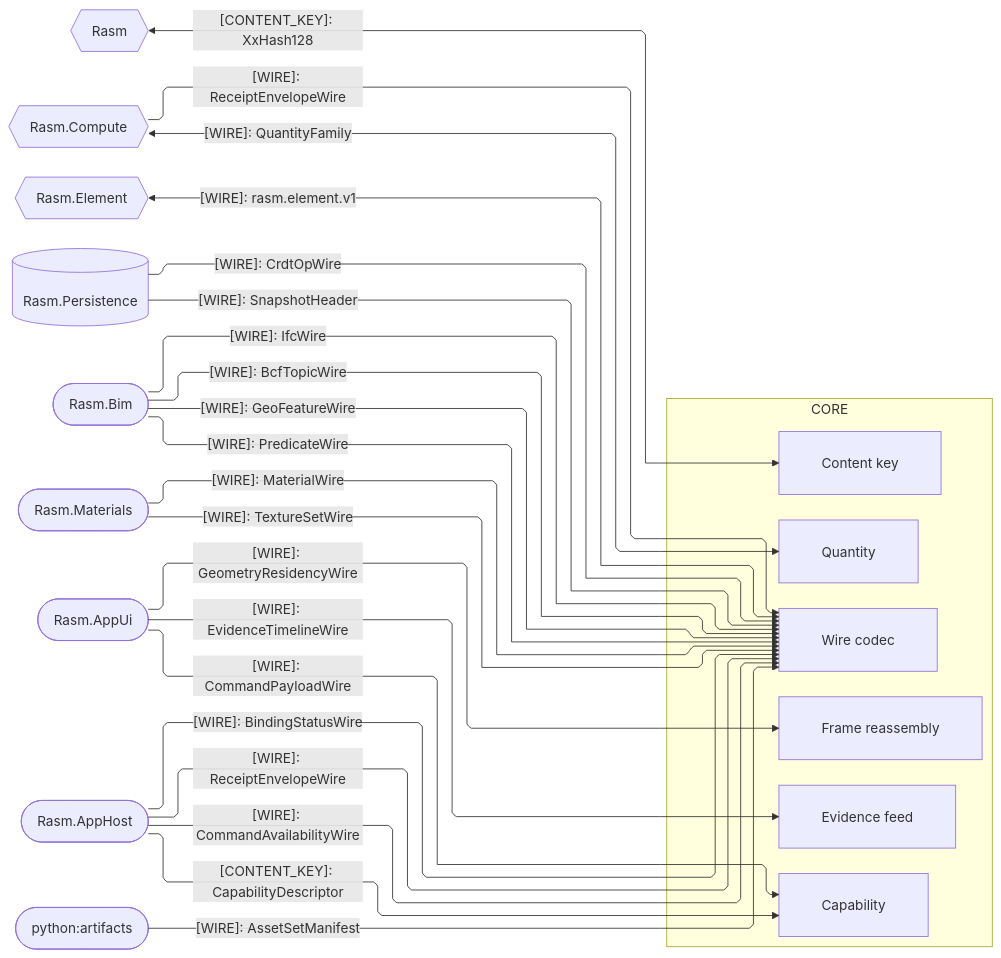
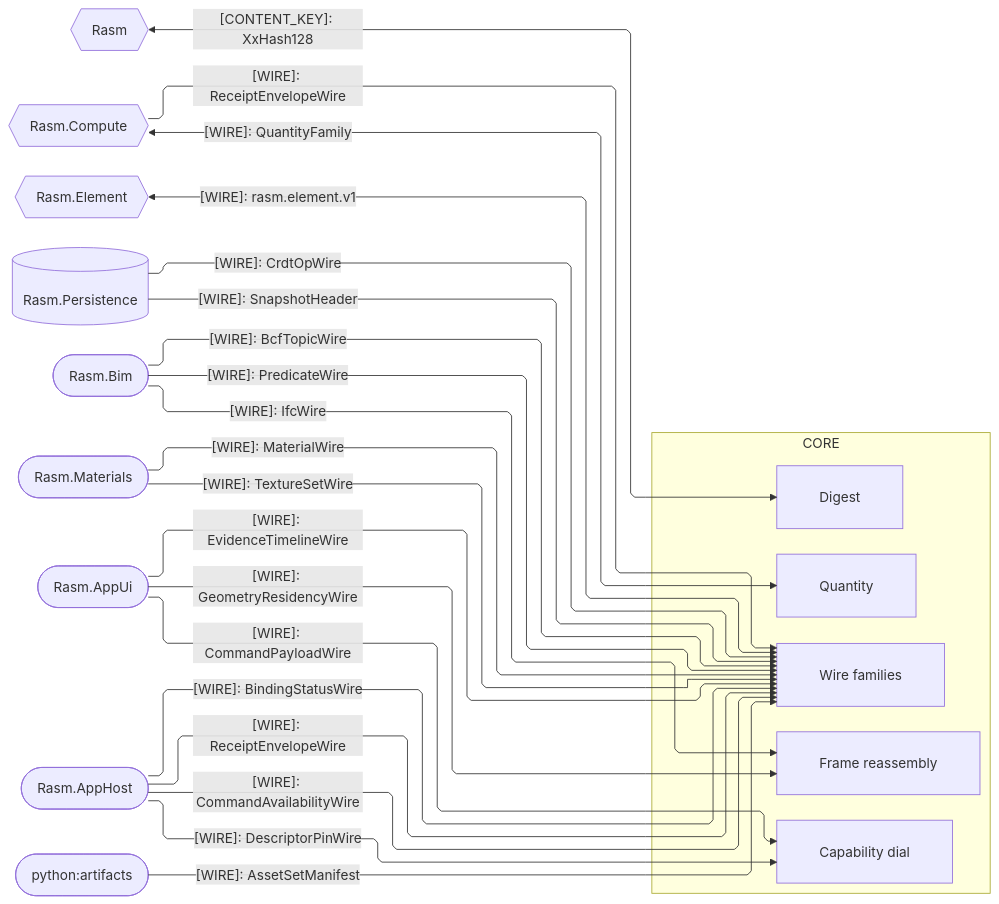
Before and after one commit to bsamiee/Rasm: the second of 4 diagrams in libs/typescript/core/ARCHITECTURE.md, drawn with Mermaid. The commit also changed other lines of this file and 400 other files, not shown here.

````diff
--- a/libs/typescript/core/ARCHITECTURE.md
+++ b/libs/typescript/core/ARCHITECTURE.md
@@ -121,49 +123,47 @@
 ```mermaid
 ---
 config:
   layout: elk
   flowchart:
     curve: linear
     padding: 25
 ---
 flowchart LR
     accTitle: Core wire-plane seam registry
-    accDescr: Core owners decoding kinded wires spelled verbatim from the owning peer endpoint pages — C# packages and the python artifacts producer — one edge per landed family.
+    accDescr: Wire, Frame, and Invoke admit peer-owned contracts; every external edge preserves its producer spelling.
     subgraph core[CORE]
-        ContentKey[Content key]
+        Digest[Digest]
         Quantity[Quantity]
-        Codec[Wire codec]
-        Feed[Evidence feed]
+        Wire[Wire families]
         Frame[Frame reassembly]
-        Invoke[Capability]
+        Invoke[Capability dial]
     end
     Rasm{{Rasm}}
     Compute{{Rasm.Compute}}
     Element{{Rasm.Element}}
     Persistence[(Rasm.Persistence)]
     Bim([Rasm.Bim])
     Materials([Rasm.Materials])
     AppUi([Rasm.AppUi])
     AppHost([Rasm.AppHost])
     Artifacts([python:artifacts])
-    Rasm e1@<-->|"[CONTENT_KEY]: XxHash128"| ContentKey
+    Rasm e1@<-->|"[CONTENT_KEY]: XxHash128"| Digest
     Compute e2@<-->|"[WIRE]: QuantityFamily"| Quantity
-    Compute e3@-->|"[WIRE]: ReceiptEnvelopeWire"| Codec
-    Element e4@<-->|"[WIRE]: rasm.element.v1"| Codec
-    Persistence e5@-->|"[WIRE]: CrdtOpWire"| Codec
-    Persistence e6@-->|"[WIRE]: SnapshotHeader"| Codec
-    Bim e7@-->|"[WIRE]: IfcWire"| Codec
-    Bim e8@-->|"[WIRE]: BcfTopicWire"| Codec
-    Bim e9@-->|"[WIRE]: GeoFeatureWire"| Codec
-    Bim e20@-->|"[WIRE]: PredicateWire"| Codec
-    Materials e10@-->|"[WIRE]: MaterialWire"| Codec
-    Materials e18@-->|"[WIRE]: TextureSetWire"| Codec
-    Artifacts e19@-->|"[WIRE]: AssetSetManifest"| Codec
+    Compute e3@-->|"[WIRE]: ReceiptEnvelopeWire"| Wire
+    Element e4@<-->|"[WIRE]: rasm.element.v1"| Wire
+    Persistence e5@-->|"[WIRE]: CrdtOpWire"| Wire
+    Persistence e6@-->|"[WIRE]: SnapshotHeader"| Wire
+    Bim e7@-->|"[WIRE]: IfcWire"| Frame
+    Bim e8@-->|"[WIRE]: BcfTopicWire"| Wire
+    Bim e20@-->|"[WIRE]: PredicateWire"| Wire
+    Materials e10@-->|"[WIRE]: MaterialWire"| Wire
+    Materials e18@-->|"[WIRE]: TextureSetWire"| Wire
+    Artifacts e19@-->|"[WIRE]: AssetSetManifest"| Wire
     AppUi e11@-->|"[WIRE]: CommandPayloadWire"| Invoke
     AppUi e12@-->|"[WIRE]: GeometryResidencyWire"| Frame
-    AppUi e13@-->|"[WIRE]: EvidenceTimelineWire"| Feed
-    AppHost e14@-->|"[CONTENT_KEY]: CapabilityDescriptor"| Invoke
-    AppHost e15@-->|"[WIRE]: ReceiptEnvelopeWire"| Codec
-    AppHost e16@-->|"[WIRE]: CommandAvailabilityWire"| Codec
-    AppHost e17@-->|"[WIRE]: BindingStatusWire"| Codec
+    AppUi e13@-->|"[WIRE]: EvidenceTimelineWire"| Wire
+    AppHost e14@-->|"[WIRE]: DescriptorPinWire"| Invoke
+    AppHost e15@-->|"[WIRE]: ReceiptEnvelopeWire"| Wire
+    AppHost e16@-->|"[WIRE]: CommandAvailabilityWire"| Wire
+    AppHost e17@-->|"[WIRE]: BindingStatusWire"| Wire
 ```
````
